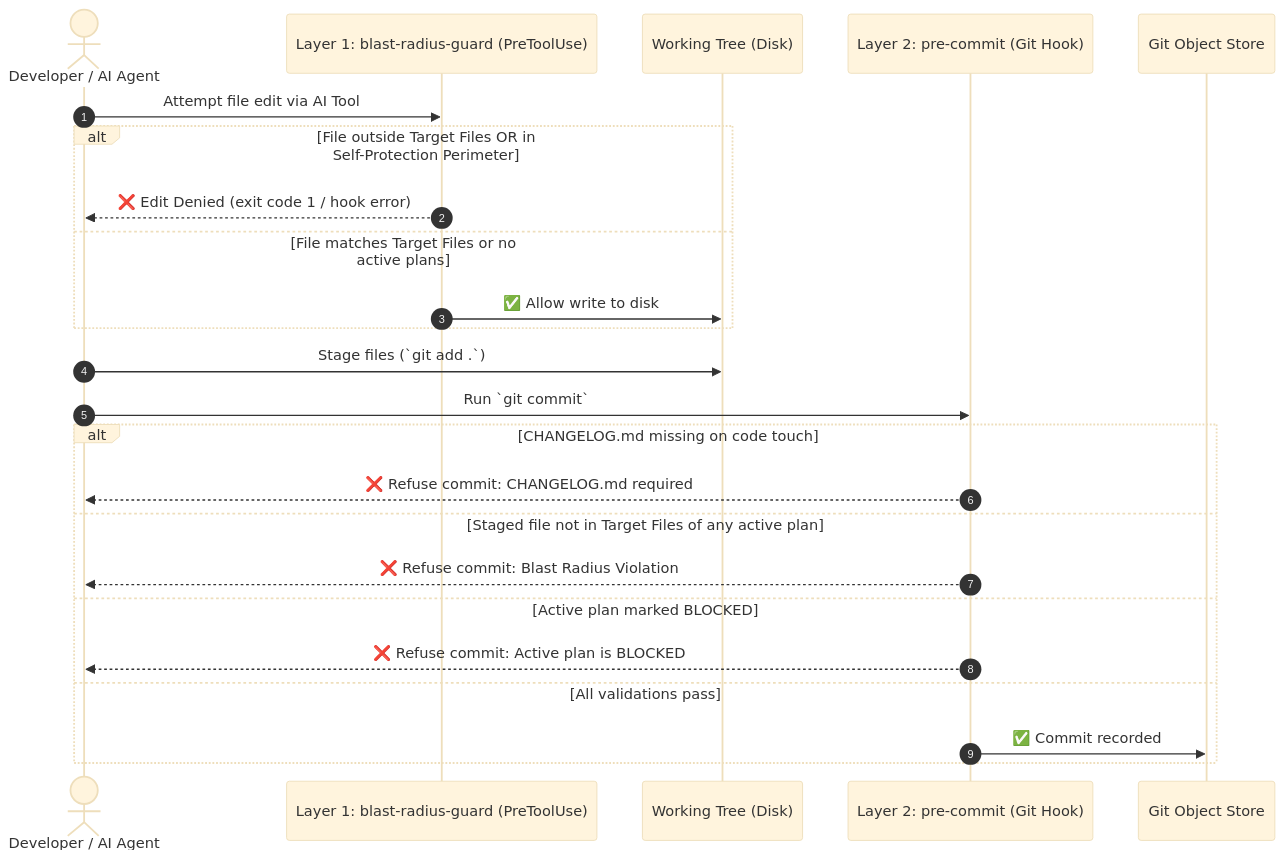
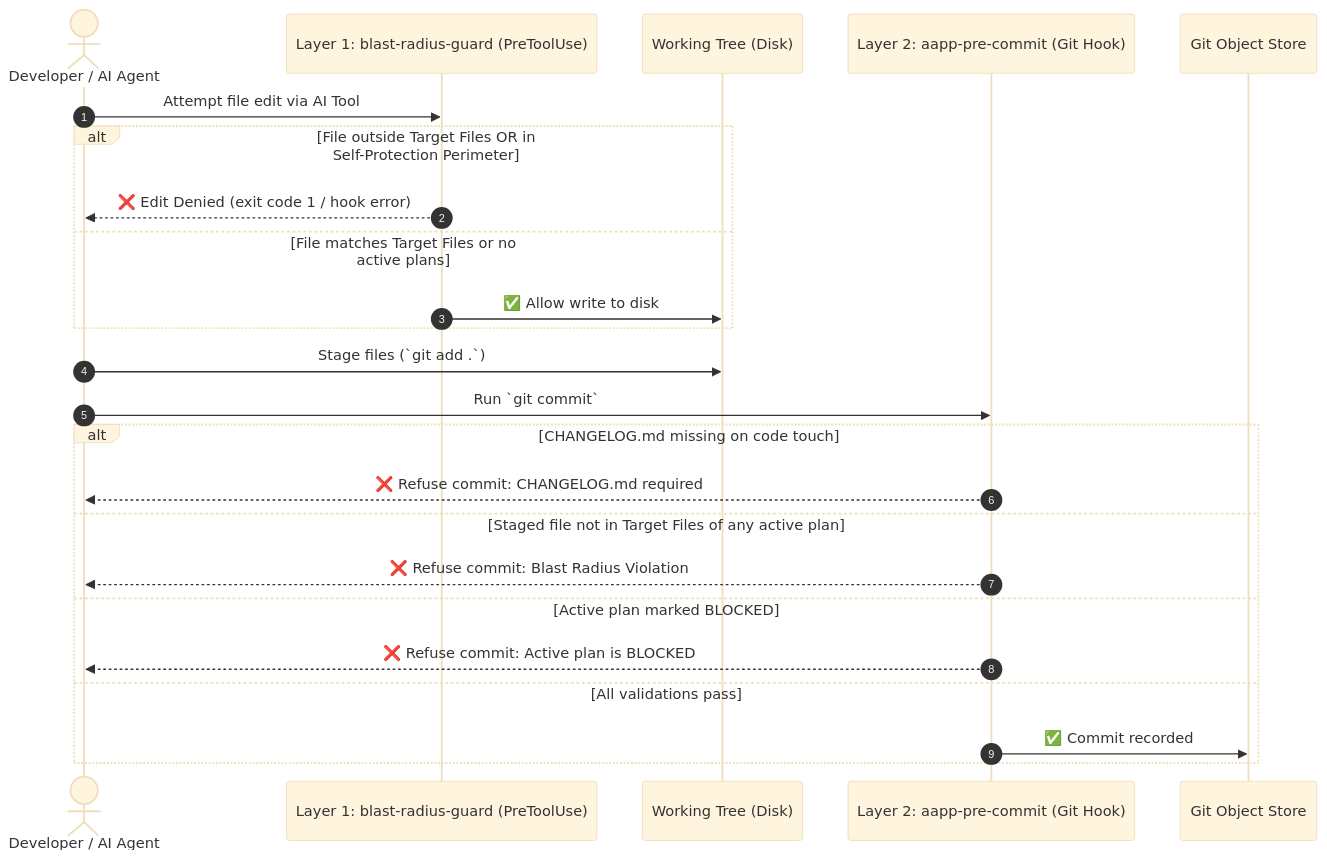
One commit to aapp-protocol/aapp-kit changed the diagram in MANUAL.md. Above: the diagram before and after it, drawn with Mermaid (base theme). The commit also changed other lines of this file and 12 other files, not shown here.

````diff
--- a/MANUAL.md
+++ b/MANUAL.md
@@ -179,28 +179,28 @@
 ```mermaid
 sequenceDiagram
     autonumber
     actor Dev as Developer / AI Agent
     participant Guard as Layer 1: blast-radius-guard (PreToolUse)
     participant Disk as Working Tree (Disk)
-    participant Hook as Layer 2: pre-commit (Git Hook)
+    participant Hook as Layer 2: aapp-pre-commit (Git Hook)
     participant Git as Git Object Store
 
     Dev->>Guard: Attempt file edit via AI Tool
     alt File outside Target Files OR in Self-Protection Perimeter
         Guard-->>Dev: ❌ Edit Denied (exit code 1 / hook error)
     else File matches Target Files or no active plans
         Guard->>Disk: ✅ Allow write to disk
     end
 
     Dev->>Disk: Stage files (`git add .`)
     Dev->>Hook: Run `git commit`
     alt CHANGELOG.md missing on code touch
         Hook-->>Dev: ❌ Refuse commit: CHANGELOG.md required
     else Staged file not in Target Files of any active plan
         Hook-->>Dev: ❌ Refuse commit: Blast Radius Violation
     else Active plan marked BLOCKED
         Hook-->>Dev: ❌ Refuse commit: Active plan is BLOCKED
     else All validations pass
         Hook->>Git: ✅ Commit recorded
     end
 ```
````
